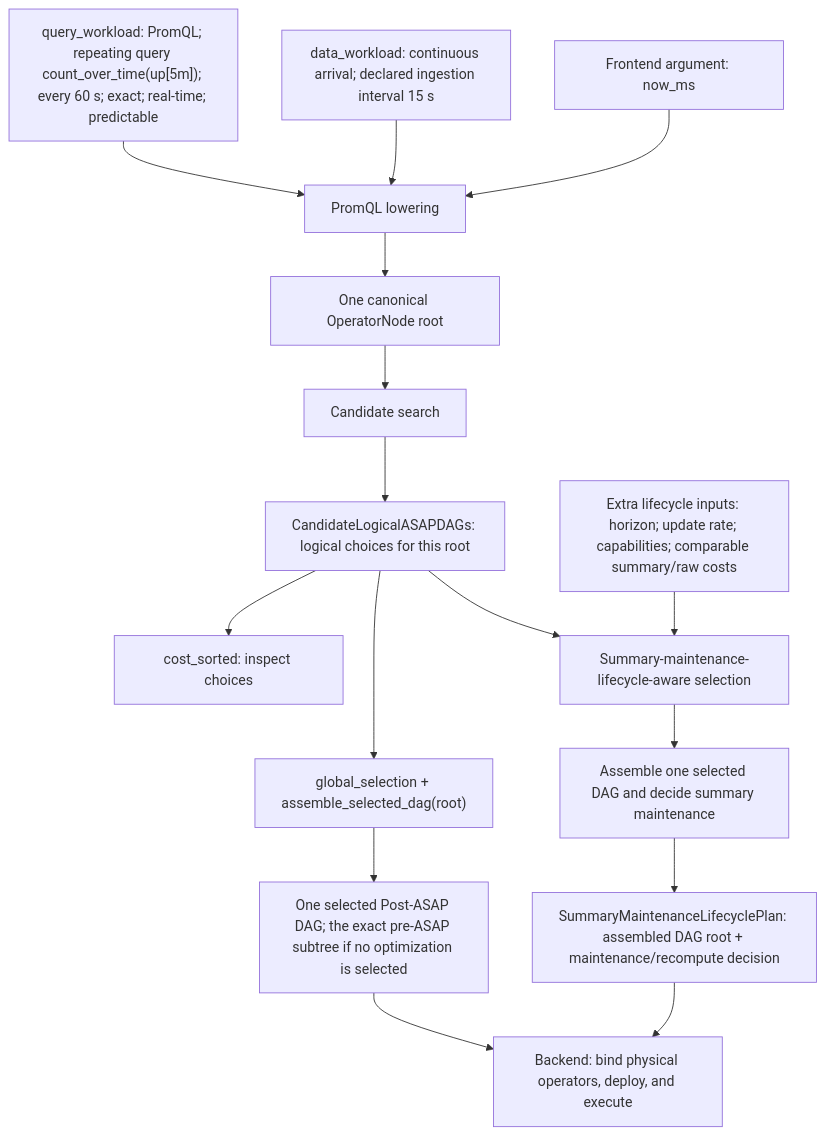
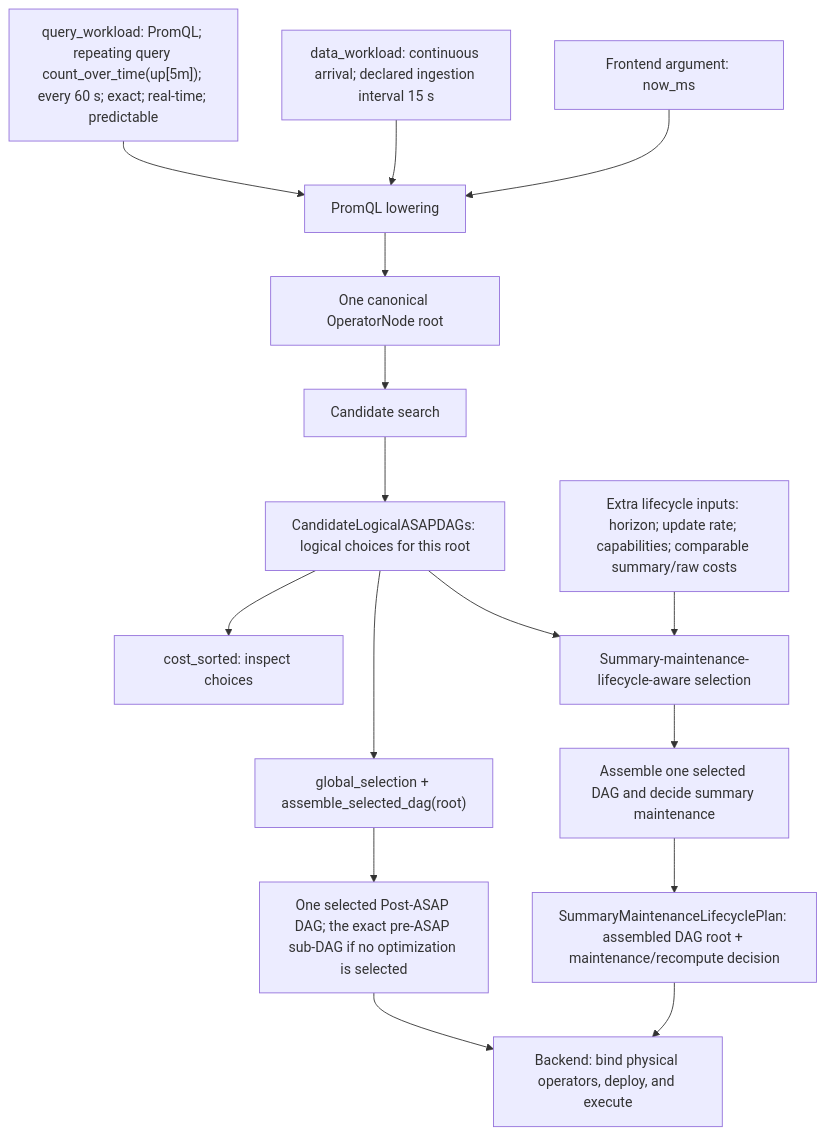
One commit to ProjectASAP/ASAPPlanner changed the first of 2 diagrams in docs/design_docs/architecture/input-output-workflow.md. Above: the diagram before and after it, drawn with Mermaid. The commit also changed 148 other files, not shown here.

````diff
--- a/docs/design_docs/architecture/input-output-workflow.md
+++ b/docs/design_docs/architecture/input-output-workflow.md
@@ -63,26 +63,26 @@
 ```mermaid
 flowchart TD
     Q["query_workload: PromQL; repeating query count_over_time(up[5m]); every 60 s; exact; real-time; predictable"]
     D["data_workload: continuous arrival; declared ingestion interval 15 s"]
     T["Frontend argument: now_ms"]
     F["PromQL lowering"]
     R["One canonical OperatorNode root"]
     S["Candidate search"]
     P["CandidateLogicalASAPDAGs: logical choices for this root"]
     I["cost_sorted: inspect choices"]
     G["global_selection + assemble_selected_dag(root)"]
-    L["One selected Post-ASAP DAG; the exact pre-ASAP subtree if no optimization is selected"]
+    L["One selected Post-ASAP DAG; the exact pre-ASAP sub-DAG if no optimization is selected"]
     X["Extra lifecycle inputs: horizon; update rate; capabilities; comparable summary/raw costs"]
     H["Summary-maintenance-lifecycle-aware selection"]
     HM["Assemble one selected DAG and decide summary maintenance"]
     O["SummaryMaintenanceLifecyclePlan: assembled DAG root + maintenance/recompute decision"]
     B["Backend: bind physical operators, deploy, and execute"]
     Q --> F
     D --> F
     T --> F
     F --> R --> S --> P
     P --> I
     P --> G --> L --> B
     P --> H
     X --> H --> HM --> O --> B
 ```
````
